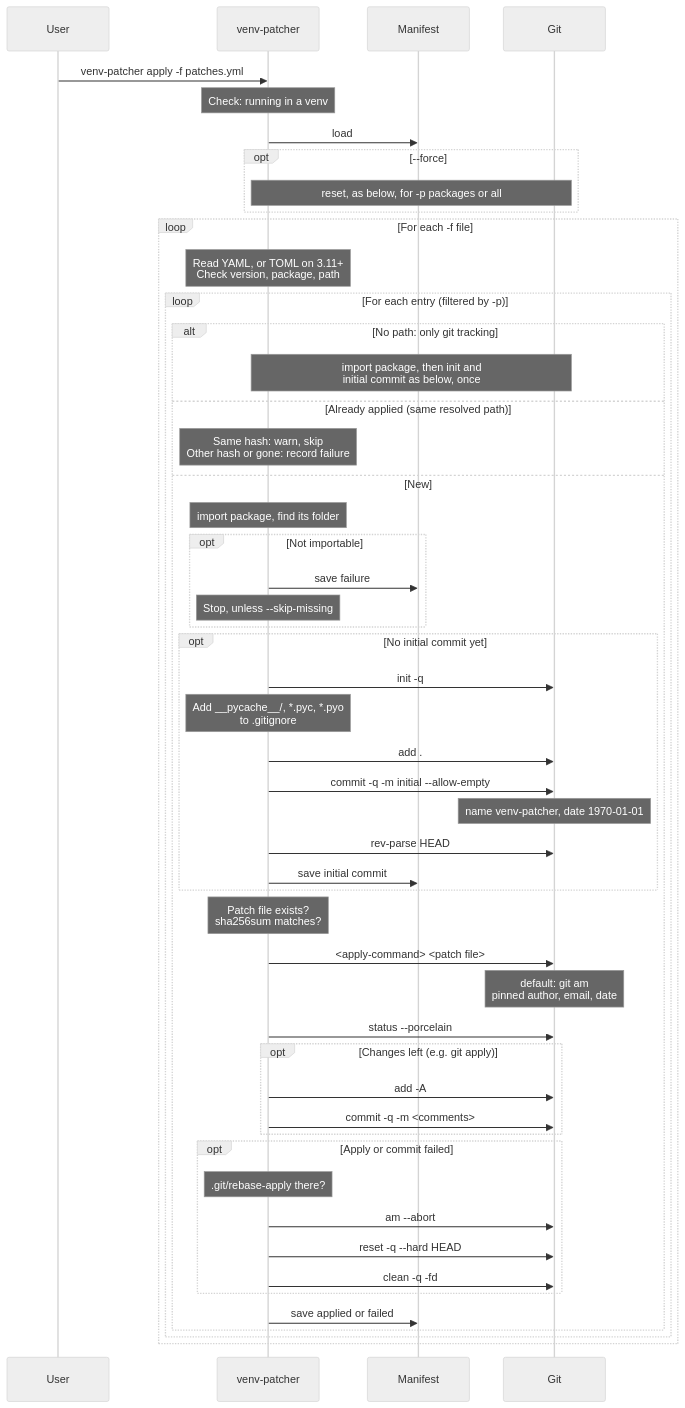
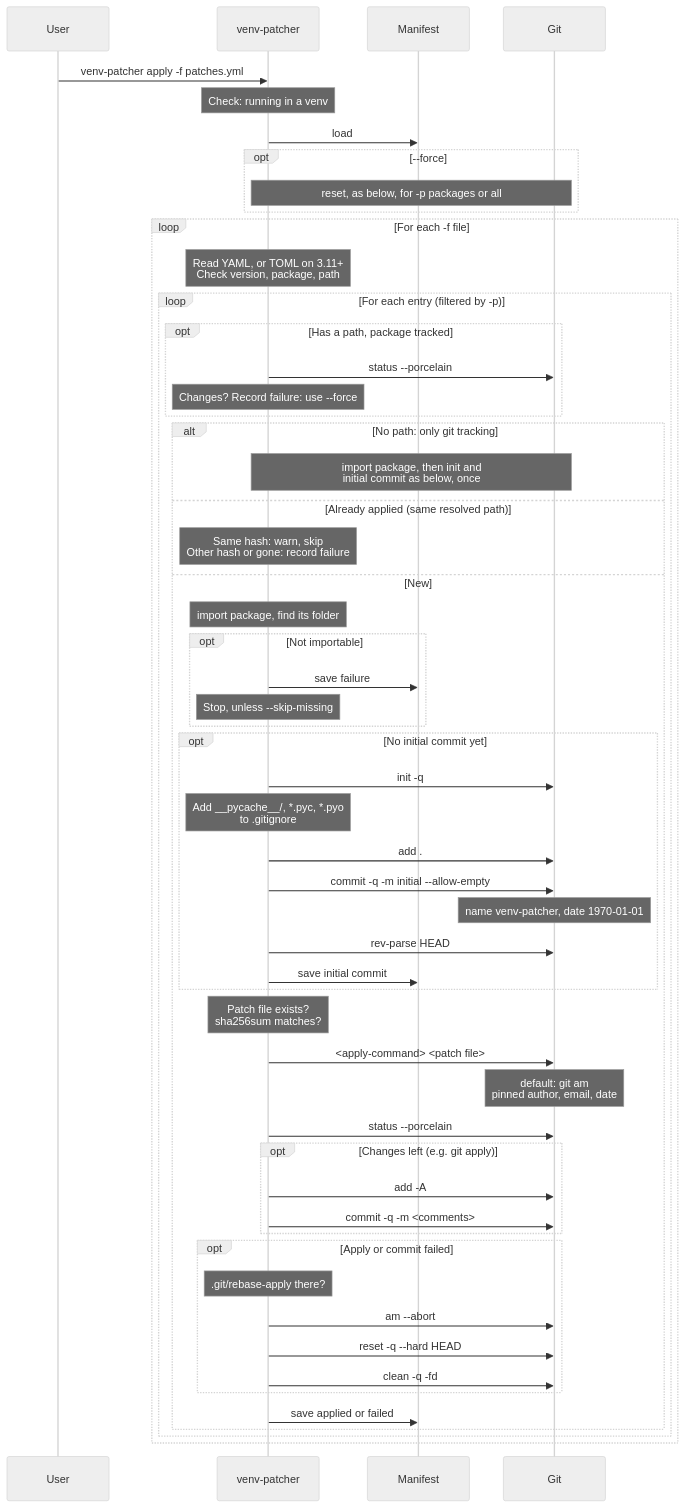
Before and after one commit to thorsten-klein/venv-patcher: the first of 3 diagrams in doc/architecture/diagrams.md, drawn with Mermaid (neutral theme). The commit also changed other lines of this file and 12 other files, not shown here.

````diff
--- a/doc/architecture/diagrams.md
+++ b/doc/architecture/diagrams.md
@@ -13,57 +13,61 @@
 ```mermaid
 sequenceDiagram
     participant User
     participant venv-patcher
     participant Manifest
     participant Git
 
     User->>venv-patcher: venv-patcher apply -f patches.yml
     Note over venv-patcher: Check: running in a venv
     venv-patcher->>Manifest: load
     opt --force
         Note over venv-patcher,Git: reset, as below, for -p packages or all
     end
 
     loop For each -f file
         Note over venv-patcher: Read YAML, or TOML on 3.11+<br/>Check version, package, path
         loop For each entry (filtered by -p)
+            opt Has a path, package tracked
+                venv-patcher->>Git: status --porcelain
+                Note over venv-patcher: Changes? Record failure: use --force
+            end
             alt No path: only git tracking
                 Note over venv-patcher,Git: import package, then init and<br/>initial commit as below, once
             else Already applied (same resolved path)
                 Note over venv-patcher: Same hash: warn, skip<br/>Other hash or gone: record failure
             else New
                 Note over venv-patcher: import package, find its folder
                 opt Not importable
                     venv-patcher->>Manifest: save failure
                     Note over venv-patcher: Stop, unless --skip-missing
                 end
 
                 opt No initial commit yet
                     venv-patcher->>Git: init -q
                     Note over venv-patcher: Add __pycache__/, *.pyc, *.pyo<br/>to .gitignore
                     venv-patcher->>Git: add .
                     venv-patcher->>Git: commit -q -m initial --allow-empty
                     Note over Git: name venv-patcher, date 1970-01-01
                     venv-patcher->>Git: rev-parse HEAD
                     venv-patcher->>Manifest: save initial commit
                 end
 
                 Note over venv-patcher: Patch file exists?<br/>sha256sum matches?
                 venv-patcher->>Git: <apply-command> <patch file>
                 Note over Git: default: git am<br/>pinned author, email, date
                 venv-patcher->>Git: status --porcelain
                 opt Changes left (e.g. git apply)
                     venv-patcher->>Git: add -A
                     venv-patcher->>Git: commit -q -m <comments>
                 end
                 opt Apply or commit failed
                     Note over venv-patcher: .git/rebase-apply there?
                     venv-patcher->>Git: am --abort
                     venv-patcher->>Git: reset -q --hard HEAD
                     venv-patcher->>Git: clean -q -fd
                 end
                 venv-patcher->>Manifest: save applied or failed
             end
         end
     end
 ```
````
